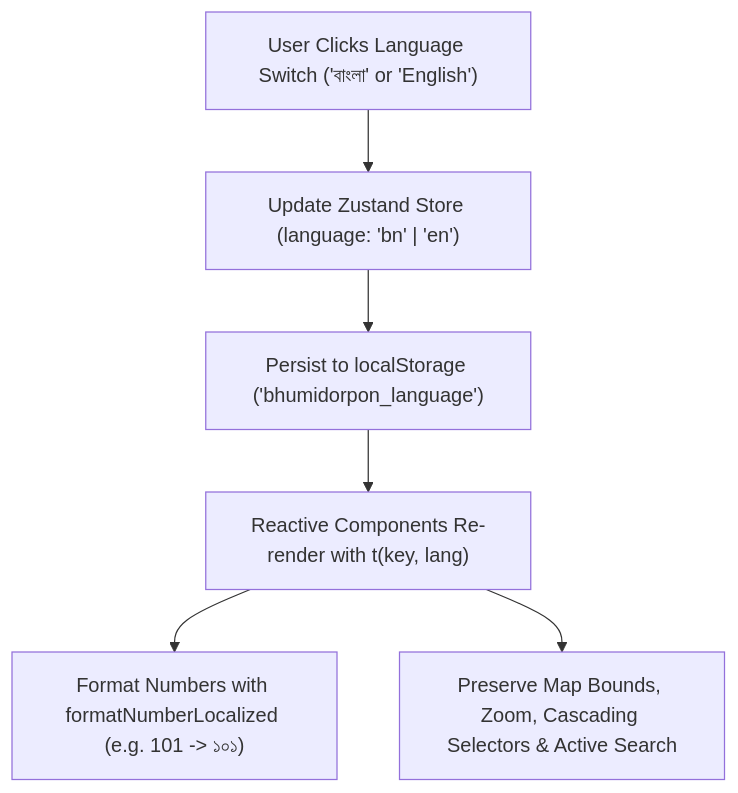
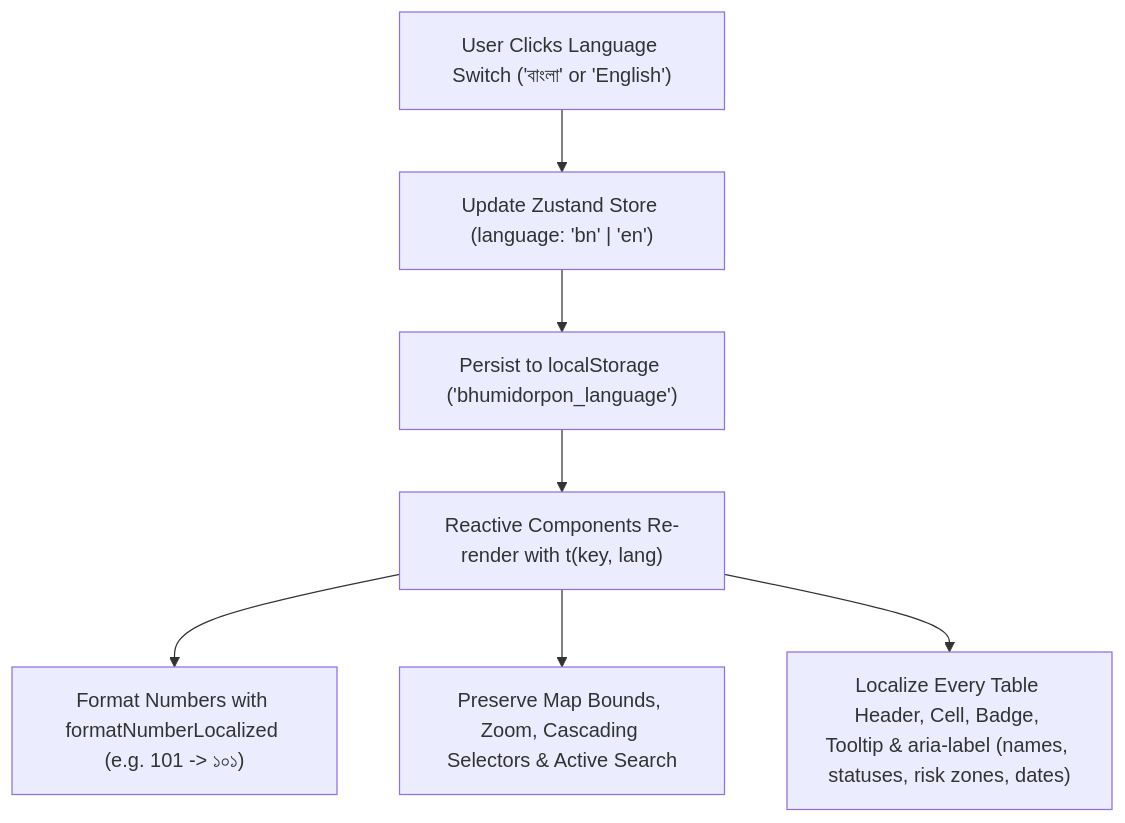
One commit to panthoraj-005/Bhumi-Dorpon changed the fifth of 5 diagrams in APP_FLOW.md. Above: the diagram before and after it, drawn with Mermaid. The commit also changed other lines of this file and 71 other files, not shown here.

````diff
--- a/APP_FLOW.md
+++ b/APP_FLOW.md
@@ -227,9 +235,10 @@
 ```mermaid
 graph TD
     LangClick["User Clicks Language Switch ('বাংলা' or 'English')"] --> StoreUpdate["Update Zustand Store (language: 'bn' | 'en')"]
     StoreUpdate --> SavePref["Persist to localStorage ('bhumidorpon_language')"]
     SavePref --> ReactReRender["Reactive Components Re-render with t(key, lang)"]
     
     ReactReRender --> NumeralConvert["Format Numbers with formatNumberLocalized (e.g. 101 -> ১০১)"]
     ReactReRender --> KeepState["Preserve Map Bounds, Zoom, Cascading Selectors & Active Search"]
+    ReactReRender --> TableLocalize["Localize Every Table Header, Cell, Badge, Tooltip & aria-label (names, statuses, risk zones, dates)"]
 ```
````
